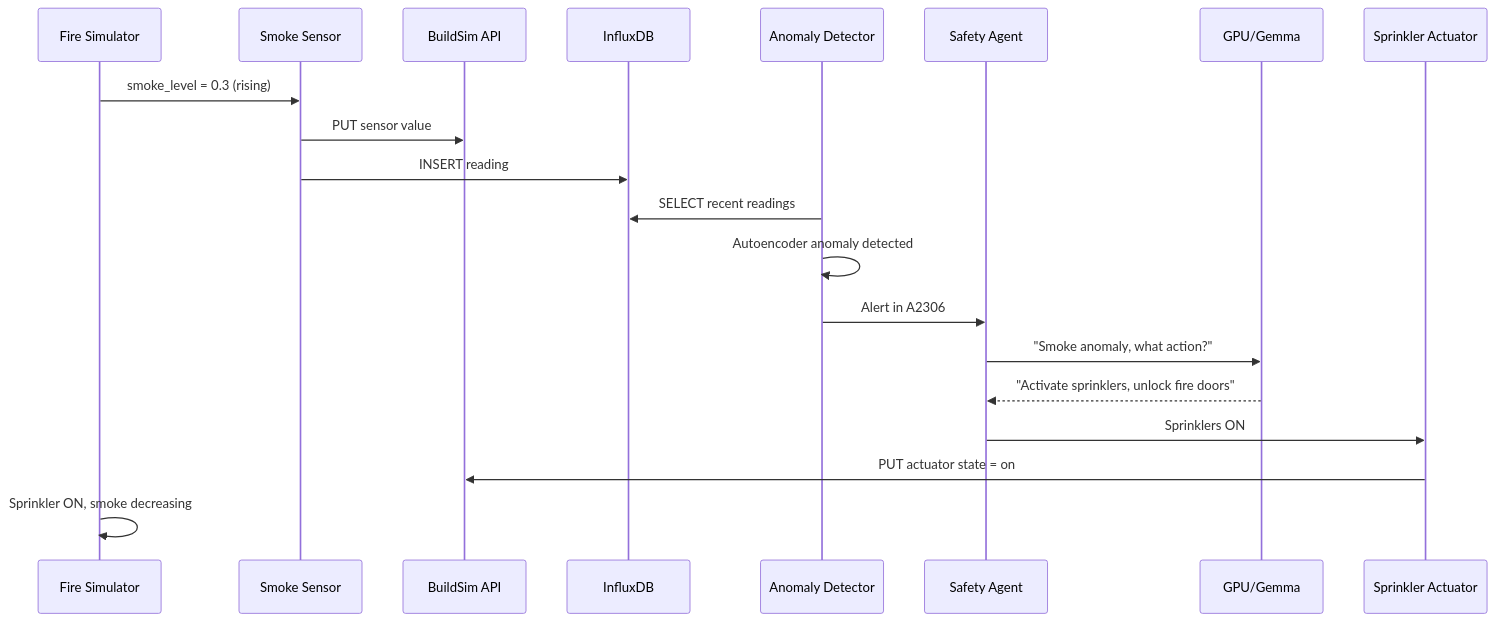
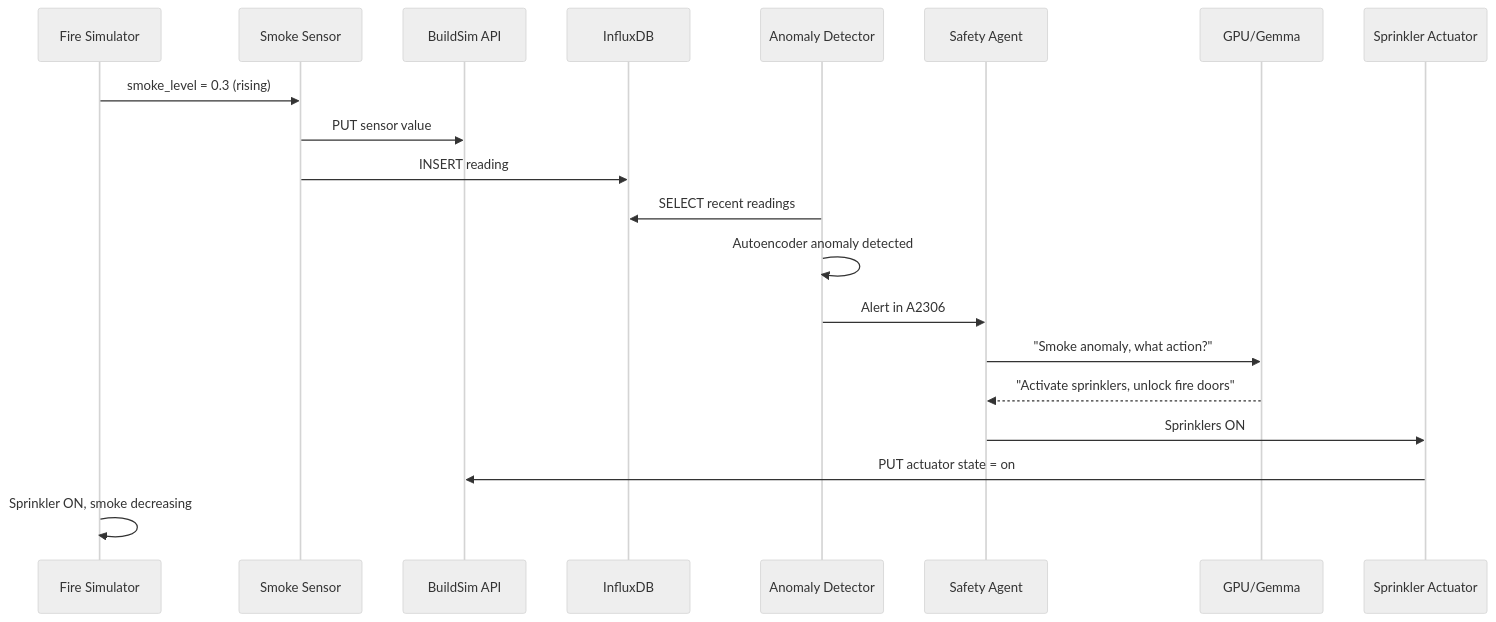
The sixth of 7 diagrams in lectures/lecture-0-introduction.md (eislab-cps/D7065E), drawn with Mermaid before and after one commit. The commit also changed other lines of this file, not shown here.

Commit message:
Set Mermaid diagrams to neutral theme (white boxes)

````diff
--- a/lectures/lecture-0-introduction.md
+++ b/lectures/lecture-0-introduction.md
@@ -246,23 +251,24 @@
 ```mermaid
+%%{init: {"theme": "neutral"}}%%
 sequenceDiagram
     participant SIM as Fire Simulator
     participant SMOKE as Smoke Sensor
     participant BS as BuildSim API
     participant DB as InfluxDB
     participant DET as Anomaly Detector
     participant AGENT as Safety Agent
     participant LLM as GPU/Gemma
     participant SPR as Sprinkler Actuator
     
     SIM->>SMOKE: smoke_level = 0.3 (rising)
     SMOKE->>BS: PUT sensor value
     SMOKE->>DB: INSERT reading
     DET->>DB: SELECT recent readings
     DET->>DET: Autoencoder anomaly detected
     DET->>AGENT: Alert in A2306
     AGENT->>LLM: "Smoke anomaly, what action?"
     LLM-->>AGENT: "Activate sprinklers, unlock fire doors"
     AGENT->>SPR: Sprinklers ON
     SPR->>BS: PUT actuator state = on
     SIM->>SIM: Sprinkler ON, smoke decreasing
 ```
````
